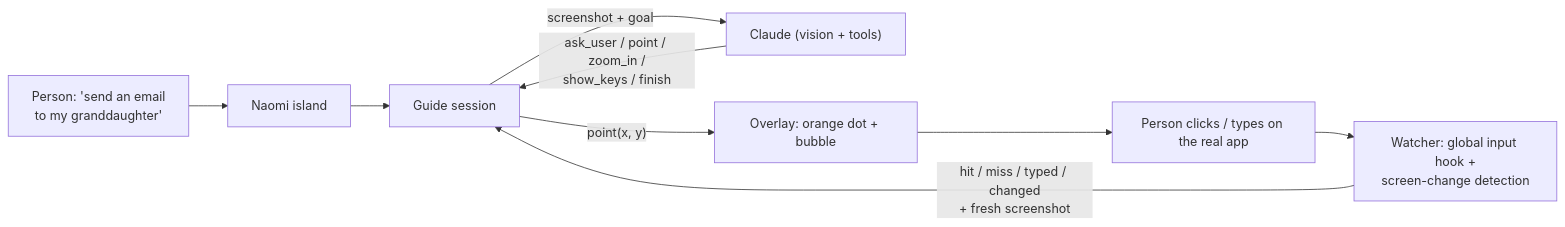
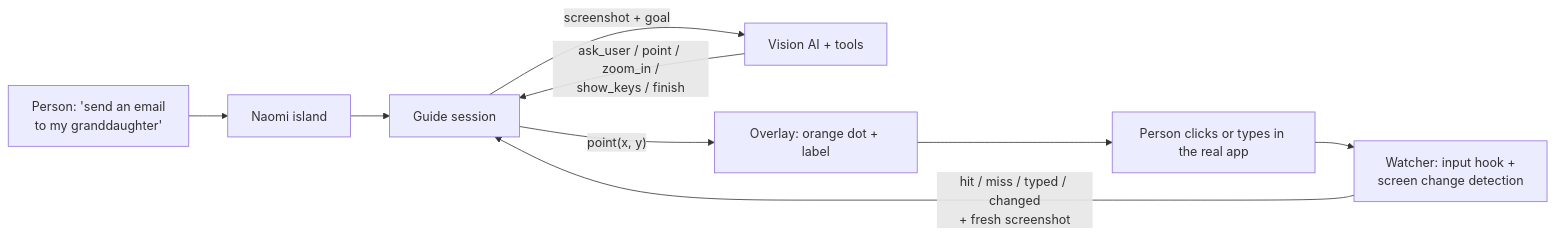
The diagram in README.md (AuvroIslam/Naomi), drawn with Mermaid before and after one commit. The commit also changed other lines of this file, not shown here.

````diff
--- a/README.md
+++ b/README.md
@@ -54,11 +52,11 @@
 ```mermaid
 flowchart LR
     U["Person: 'send an email<br/>to my granddaughter'"] --> P[Naomi island]
     P --> G[Guide session]
-    G -- "screenshot + goal" --> C["Claude (vision + tools)"]
+    G -- "screenshot + goal" --> C["Vision AI + tools"]
     C -- "ask_user / point / zoom_in /<br/>show_keys / finish" --> G
-    G -- "point(x, y)" --> O[Overlay: orange dot + bubble]
-    O --> S[Person clicks / types on the real app]
-    S --> W["Watcher: global input hook +<br/>screen-change detection"]
+    G -- "point(x, y)" --> O[Overlay: orange dot + label]
+    O --> S[Person clicks or types in the real app]
+    S --> W["Watcher: input hook +<br/>screen change detection"]
     W -- "hit / miss / typed / changed<br/>+ fresh screenshot" --> G
 ```
````
